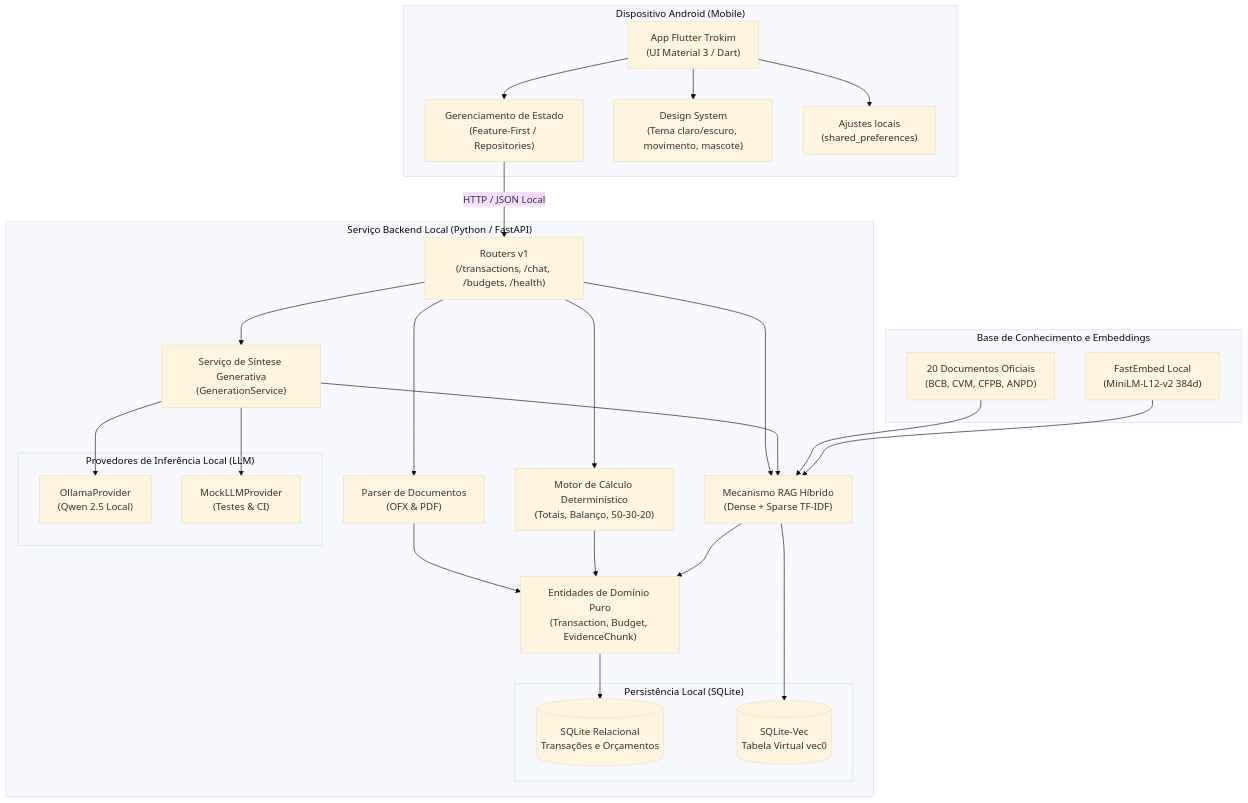
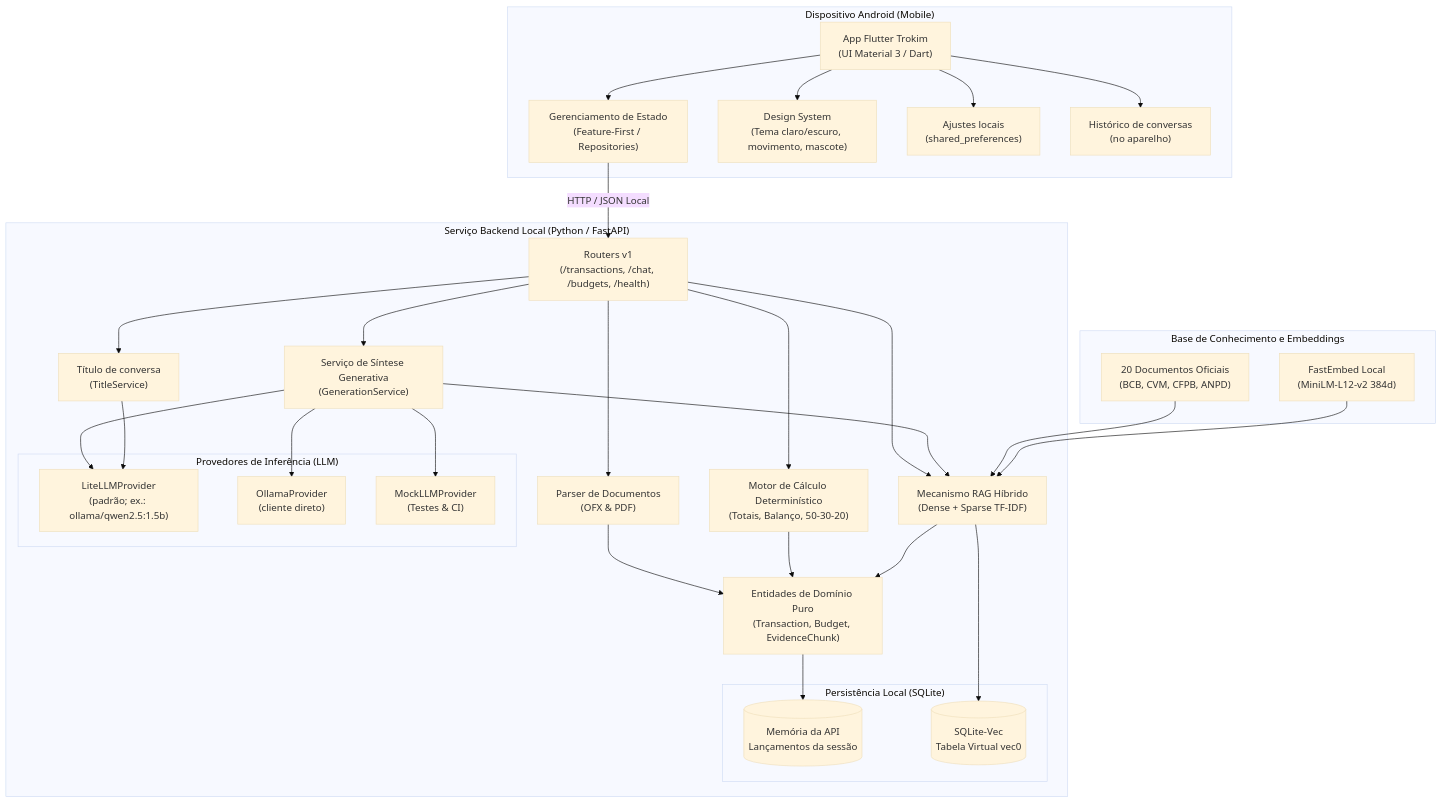
The first of 5 diagrams in docs/arquitetura/mapa-do-sistema.md (moonshinerd/trokim), drawn with Mermaid (base theme) before and after one commit. The commit also changed other lines of this file and 10 other files, not shown here.

````diff
--- a/docs/arquitetura/mapa-do-sistema.md
+++ b/docs/arquitetura/mapa-do-sistema.md
@@ -9,58 +9,65 @@
 ```mermaid
 graph TD
     subgraph "Dispositivo Android (Mobile)"
         FlutterApp["App Flutter Trokim<br/>(UI Material 3 / Dart)"]
         StateManagement["Gerenciamento de Estado<br/>(Feature-First / Repositories)"]
         DesignSystem["Design System<br/>(Tema claro/escuro, movimento, mascote)"]
         Settings["Ajustes locais<br/>(shared_preferences)"]
+        History["Histórico de conversas<br/>(no aparelho)"]
         FlutterApp --> StateManagement
         FlutterApp --> DesignSystem
         FlutterApp --> Settings
+        FlutterApp --> History
     end
 
     subgraph "Serviço Backend Local (Python / FastAPI)"
         APIEntry["Routers v1<br/>(/transactions, /chat, /budgets, /health)"]
         
         Parser["Parser de Documentos<br/>(OFX & PDF)"]
         CalcService["Motor de Cálculo Determinístico<br/>(Totais, Balanço, 50-30-20)"]
         RAGService["Mecanismo RAG Híbrido<br/>(Dense + Sparse TF-IDF)"]
         GenService["Serviço de Síntese Generativa<br/>(GenerationService)"]
+        TitleSvc["Título de conversa<br/>(TitleService)"]
         
         DomainCore["Entidades de Domínio Puro<br/>(Transaction, Budget, EvidenceChunk)"]
         
         subgraph "Persistência Local (SQLite)"
-            DB[(SQLite Relacional<br/>Transações e Orçamentos)]
+            Mem[(Memória da API<br/>Lançamentos da sessão)]
             VecDB[(SQLite-Vec<br/>Tabela Virtual vec0)]
         end
 
-        subgraph "Provedores de Inferência Local (LLM)"
-            OllamaClient["OllamaProvider<br/>(Qwen 2.5 Local)"]
+        subgraph "Provedores de Inferência (LLM)"
+            LiteLLM["LiteLLMProvider<br/>(padrão; ex.: ollama/qwen2.5:1.5b)"]
+            OllamaClient["OllamaProvider<br/>(cliente direto)"]
             MockLLM["MockLLMProvider<br/>(Testes & CI)"]
         end
         
         APIEntry --> Parser
         APIEntry --> CalcService
         APIEntry --> RAGService
         APIEntry --> GenService
+        APIEntry --> TitleSvc
         
         Parser --> DomainCore
         CalcService --> DomainCore
         RAGService --> DomainCore
         GenService --> RAGService
+        GenService --> LiteLLM
         GenService --> OllamaClient
         GenService --> MockLLM
+        TitleSvc --> LiteLLM
         
-        DomainCore --> DB
+        DomainCore --> Mem
         RAGService --> VecDB
     end
 
     subgraph "Base de Conhecimento e Embeddings"
         KnowledgeBase["20 Documentos Oficiais<br/>(BCB, CVM, CFPB, ANPD)"]
         Embedder["FastEmbed Local<br/>(MiniLM-L12-v2 384d)"]
         
         KnowledgeBase --> RAGService
         Embedder --> RAGService
     end
 
     StateManagement -->|HTTP / JSON Local| APIEntry
 ```
````
